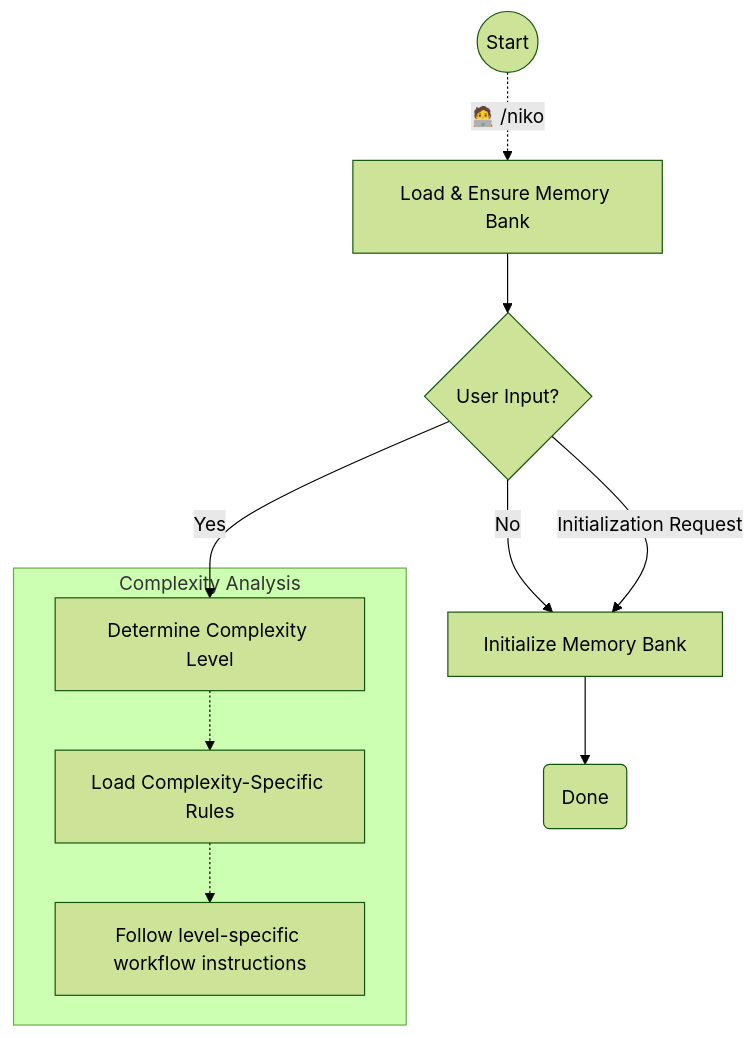
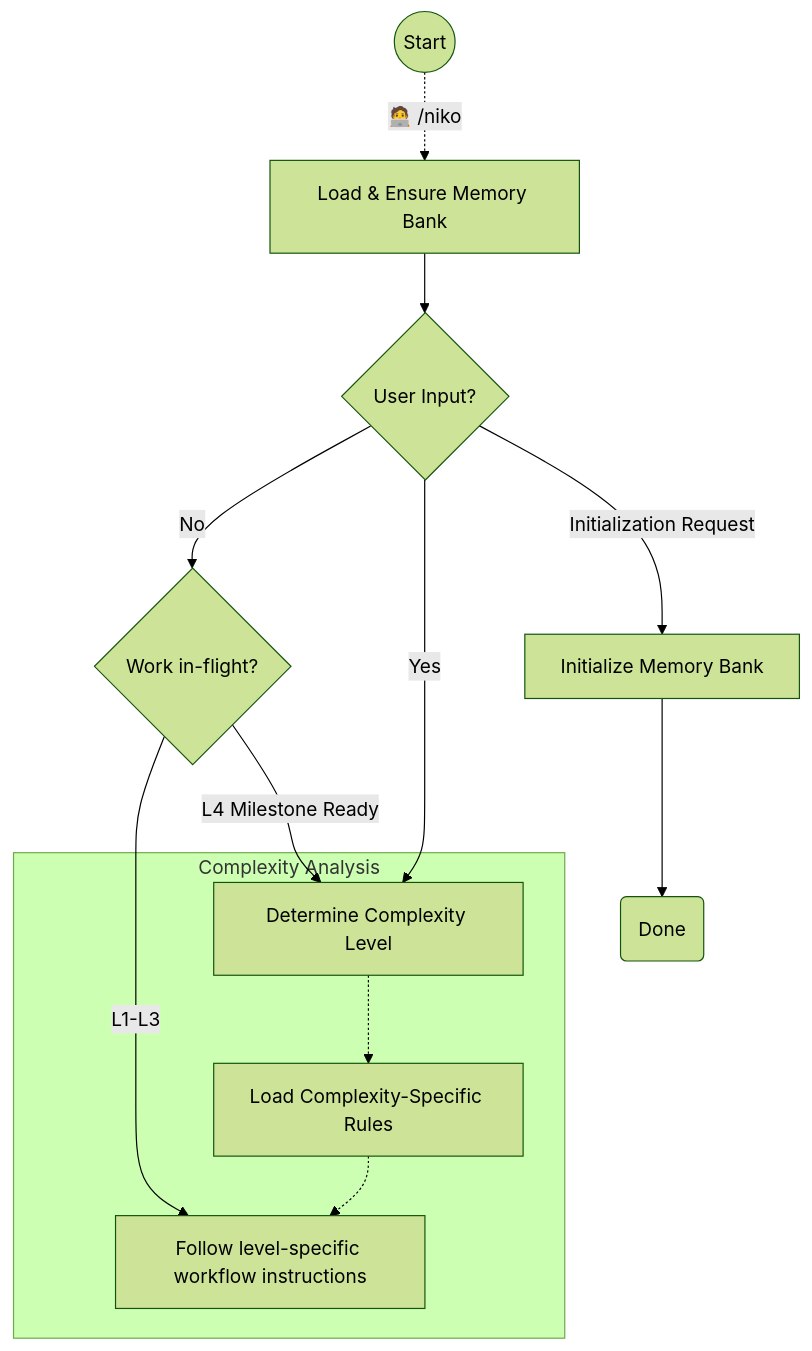
One commit to Texarkanine/nervouscsstem changed the diagram in .cursor/skills/shared/niko/SKILL.md. Above: the diagram before and after it, drawn with Mermaid (forest theme). The commit also changed other lines of this file and 8 other files, not shown here.

````diff
--- a/.cursor/skills/shared/niko/SKILL.md
+++ b/.cursor/skills/shared/niko/SKILL.md
@@ -10,15 +10,18 @@
 ```mermaid
 graph TD
-    Start(("Start")) -."🧑‍💻 /niko".-> Step1["Load & Ensure Memory Bank"]
-    Step1 --> Step1a{"User Input?"}
-    Step1a --"No"--> Step1b["Initialize Memory Bank"]
-    Step1b --> Done
-    Step1a --"Initialization Request"--> Step1b
-    Step1a --"Yes"--> Step2["Determine Complexity Level"]
+    Start(("Start")) -."🧑‍💻 /niko".-> LoadMemoryBank["Load & Ensure Memory Bank"]
+    LoadMemoryBank --> CheckInput{"User Input?"}
+    CheckInput --"No"--> CheckInflight
+    CheckInflight{"Work in-flight?"} --"L1-L3"--> ExecuteWorkflow
+    CheckInflight --"L4 Milestone Ready"--> DetermineComplexity
+    InitMemoryBank --> Done
+    CheckInput --"Initialization Request"--> InitMemoryBank
+    CheckInput --"Yes"--> DetermineComplexity["Determine Complexity Level"]
+    InitMemoryBank["Initialize Memory Bank"]
     subgraph Complexity Analysis
-        Step2 -.-> Step3["Load Complexity-Specific Rules"]
-        Step3 -.-> Workflow["Follow level-specific workflow instructions"]
+        DetermineComplexity -.-> LoadLevelRules["Load Complexity-Specific Rules"]
+        LoadLevelRules -.-> ExecuteWorkflow["Follow level-specific workflow instructions"]
     end
 
     Done("Done")
 ```
````
